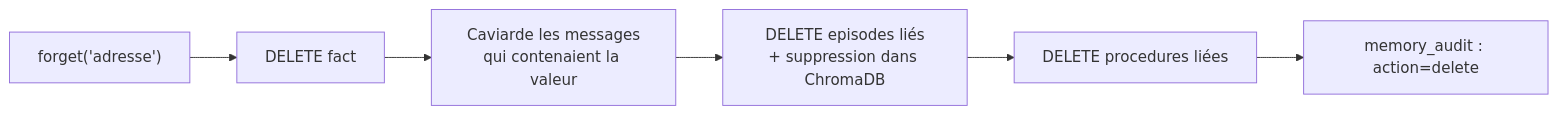
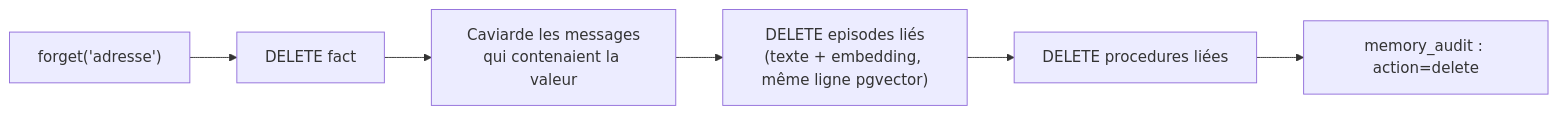
One commit to sofiane-git/velmo-v2 changed the sixth of 6 diagrams in docs/explanation/presentation_chantier1_memoire.md. Above: the diagram before and after it, drawn with Mermaid. The commit also changed other lines of this file and 5 other files, not shown here.

````diff
--- a/docs/explanation/presentation_chantier1_memoire.md
+++ b/docs/explanation/presentation_chantier1_memoire.md
@@ -184,8 +184,8 @@
 ```mermaid
 flowchart LR
     F["forget('adresse')"] --> D1["DELETE fact"]
     D1 --> D2["Caviarde les messages<br/>qui contenaient la valeur"]
-    D2 --> D3["DELETE episodes liés<br/>+ suppression dans ChromaDB"]
+    D2 --> D3["DELETE episodes liés<br/>(texte + embedding, même ligne pgvector)"]
     D3 --> D4["DELETE procedures liées"]
     D4 --> A["memory_audit : action=delete"]
 ```
````
